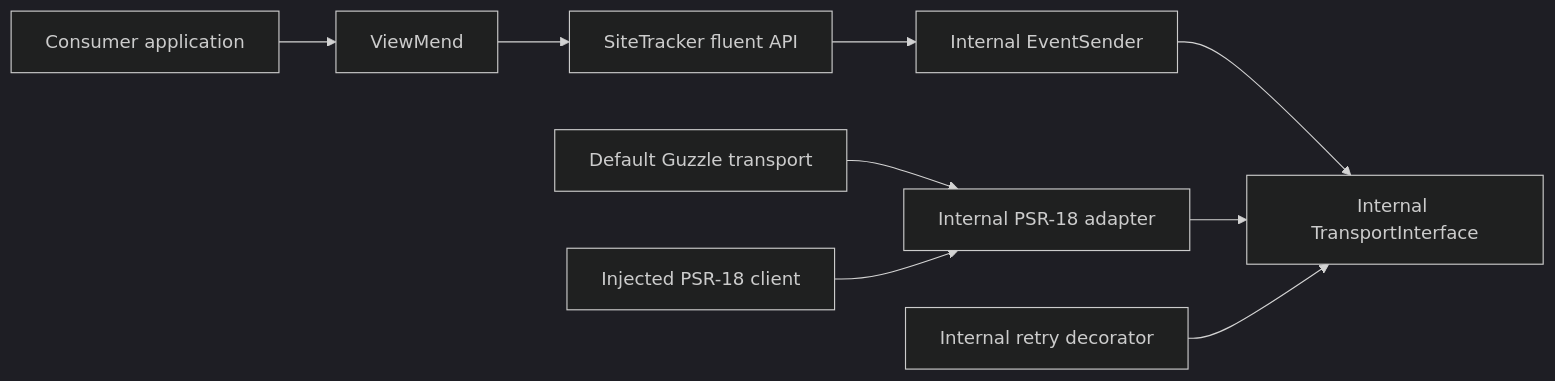
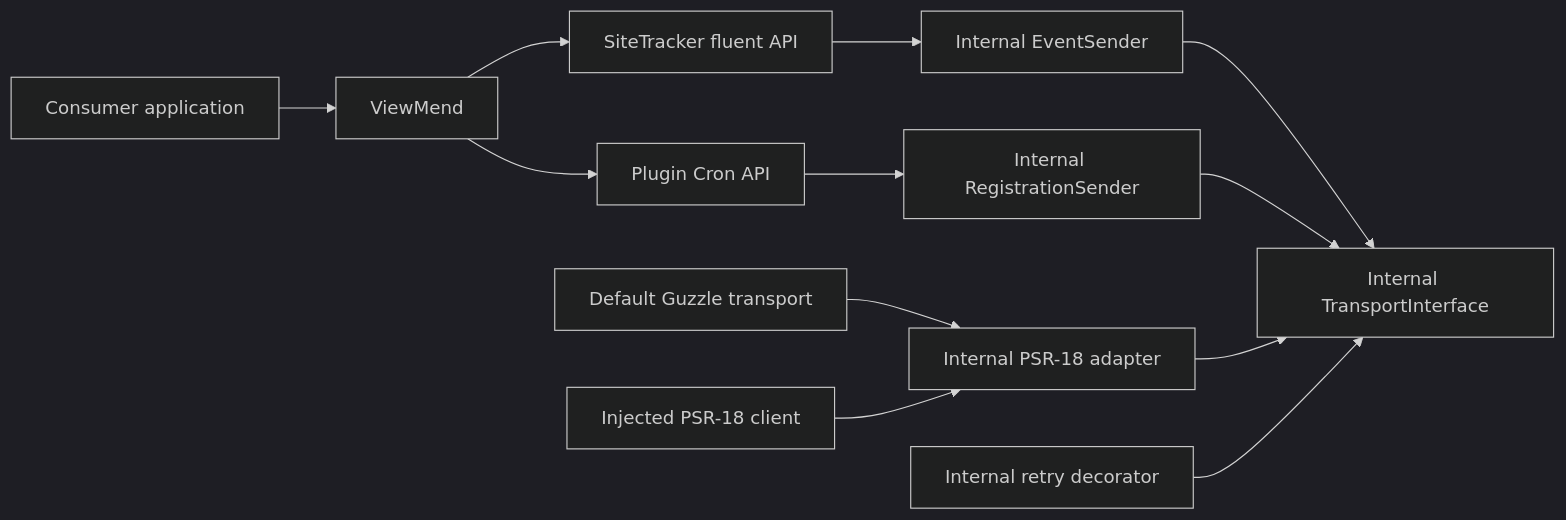
The diagram in docs/architecture.md (phpner/viewmend-php), drawn with Mermaid (dark theme) before and after one commit. The commit also changed other lines of this file and 16 other files, not shown here.

Commit message:
feat: add plugin cron SDK

````diff
--- a/docs/architecture.md
+++ b/docs/architecture.md
@@ -35,11 +38,14 @@
 ```mermaid
 flowchart LR
     App["Consumer application"] --> Entry["ViewMend"]
     Entry --> Tracker["SiteTracker fluent API"]
+    Entry --> Cron["Plugin Cron API"]
     Tracker --> Sender["Internal EventSender"]
+    Cron --> Registration["Internal RegistrationSender"]
     Sender --> Contract["Internal TransportInterface"]
+    Registration --> Contract
     Guzzle["Default Guzzle transport"] --> Adapter["Internal PSR-18 adapter"]
     Custom["Injected PSR-18 client"] --> Adapter
     Adapter --> Contract
     Retry["Internal retry decorator"] --> Contract
 ```
````
